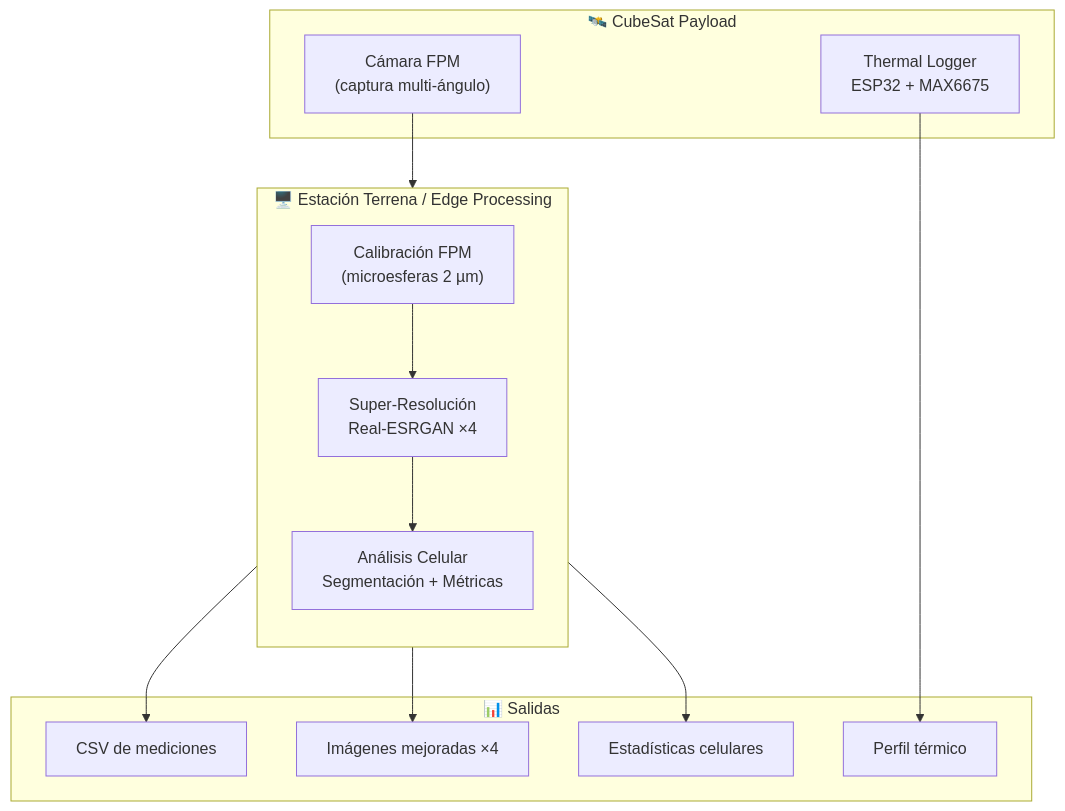
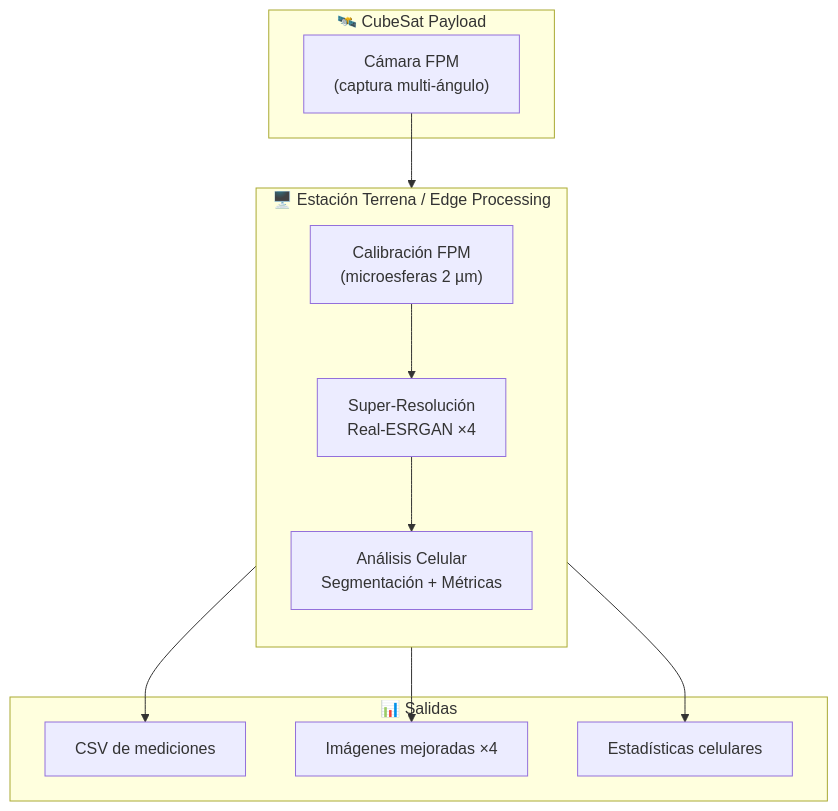
One commit to JaminYC/CubeSat-EdgeAI-Payload changed the first of 2 diagrams in README.md. Above: the diagram before and after it, drawn with Mermaid. The commit also changed other lines of this file, not shown here.

First line of the commit message:
Remove thermal logger from README — unrelated to CubeSat payload

````diff
--- a/README.md
+++ b/README.md
@@ -9,29 +9,26 @@
 ```mermaid
 flowchart TD
     subgraph SAT["🛰️ CubeSat Payload"]
         CAM["Cámara FPM\n(captura multi-ángulo)"]
-        THERMAL["Thermal Logger\nESP32 + MAX6675"]
     end
 
     subgraph GROUND["🖥️ Estación Terrena / Edge Processing"]
         direction TB
         CAL["Calibración FPM\n(microesferas 2 µm)"]
         SR["Super-Resolución\nReal-ESRGAN ×4"]
         CELL["Análisis Celular\nSegmentación + Métricas"]
     end
 
     subgraph OUT["📊 Salidas"]
         CSV["CSV de mediciones"]
         IMG["Imágenes mejoradas ×4"]
         STATS["Estadísticas celulares"]
-        THERM["Perfil térmico"]
     end
 
     CAM --> CAL
     CAL --> SR
     SR --> CELL
     CELL --> CSV
     CELL --> IMG
     CELL --> STATS
-    THERMAL --> THERM
 ```
````
